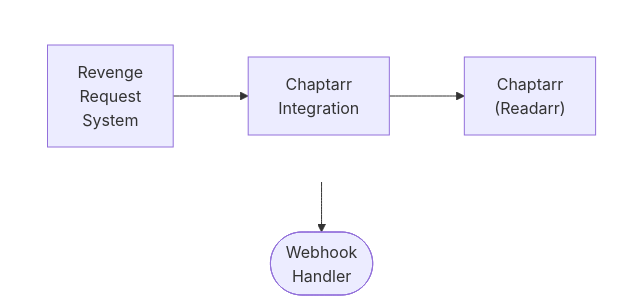
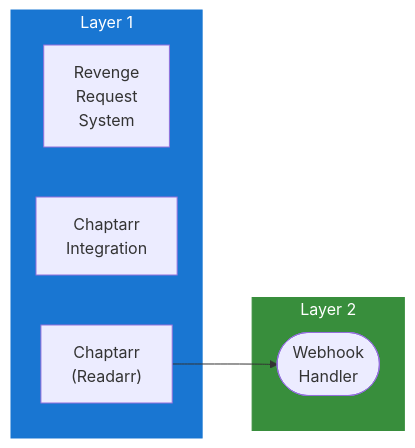
One commit to lusoris/revenge changed the diagram in docs/dev/design/integrations/servarr/CHAPTARR.md. Above: the diagram before and after it, drawn with Mermaid. The commit also changed 215 other files, not shown here.

First line of the commit message:
feat(diagrams): convert all ASCII diagrams to Mermaid with LR subgraphs

````diff
--- a/docs/dev/design/integrations/servarr/CHAPTARR.md
+++ b/docs/dev/design/integrations/servarr/CHAPTARR.md
@@ -59,16 +59,19 @@
 ```mermaid
-flowchart TD
-    subgraph row1[ ]
-        direction LR
+flowchart LR
+    subgraph Layer1["Layer 1"]
         node1["Revenge<br/>Request<br/>System"]
         node2["Chaptarr<br/>Integration"]
         node3["Chaptarr<br/>(Readarr)"]
     end
-    node4(["Webhook<br/>Handler"])
-    node1 --> node2
-    node2 --> node3
+
+    subgraph Layer2["Layer 2"]
+        node4(["Webhook<br/>Handler"])
+    end
+
+    %% Connections
     node3 --> node4
 
-    %% Hide row subgraph borders
-    style row1 fill:transparent,stroke:transparent
+    %% Styling
+    style Layer1 fill:#1976D2,stroke:#1976D2,color:#fff
+    style Layer2 fill:#388E3C,stroke:#388E3C,color:#fff
 ```
````
